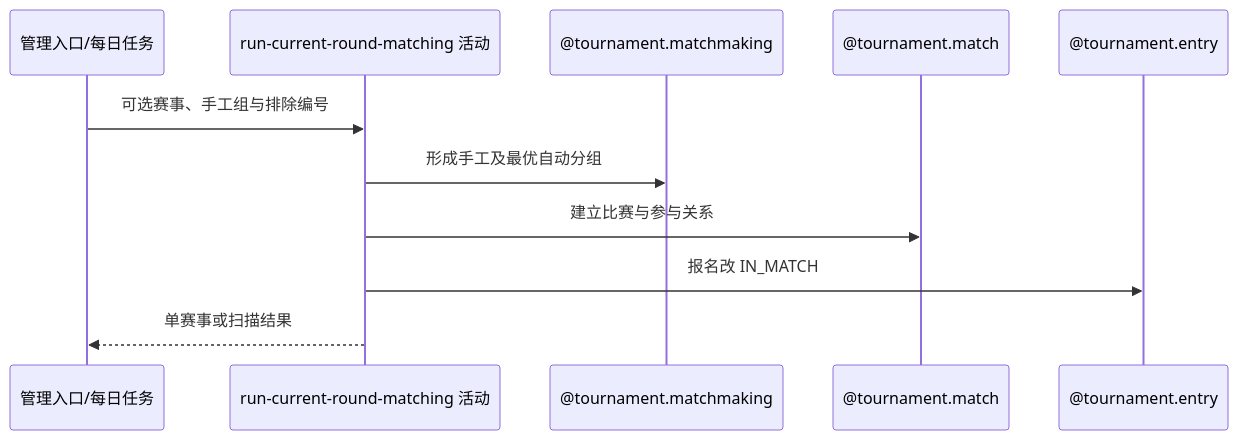
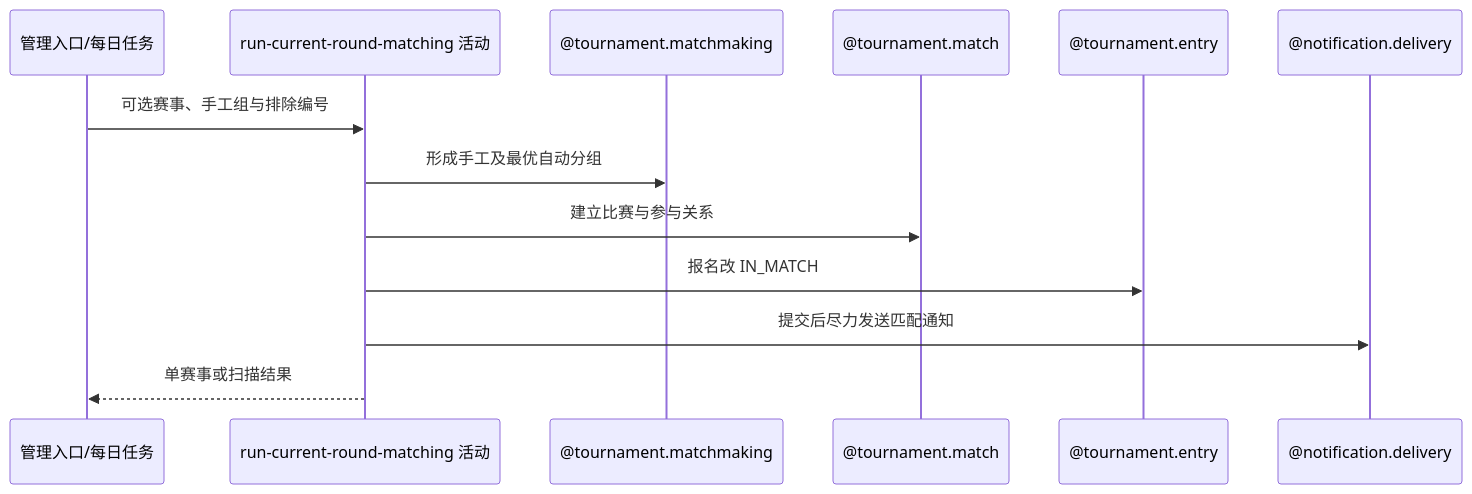
Before and after one commit to chxt100016/Rally: the diagram in blueprint/spec/tournament/current-round-matching/run-current-round-matching/activity.md, drawn with Mermaid. The commit also changed other lines of this file and 871 other files, not shown here.

````diff
--- a/blueprint/spec/tournament/current-round-matching/run-current-round-matching/activity.md
+++ b/blueprint/spec/tournament/current-round-matching/run-current-round-matching/activity.md
@@ -13,13 +13,15 @@
 ```mermaid
 sequenceDiagram
     participant X as 管理入口/每日任务
     participant A as run-current-round-matching 活动
     participant G as @tournament.matchmaking
     participant M as @tournament.match
     participant E as @tournament.entry
+    participant N as @notification.delivery
     X->>A: 可选赛事、手工组与排除编号
     A->>G: 形成手工及最优自动分组
     A->>M: 建立比赛与参与关系
     A->>E: 报名改 IN_MATCH
+    A->>N: 提交后尽力发送匹配通知
     A-->>X: 单赛事或扫描结果
 ```
````
